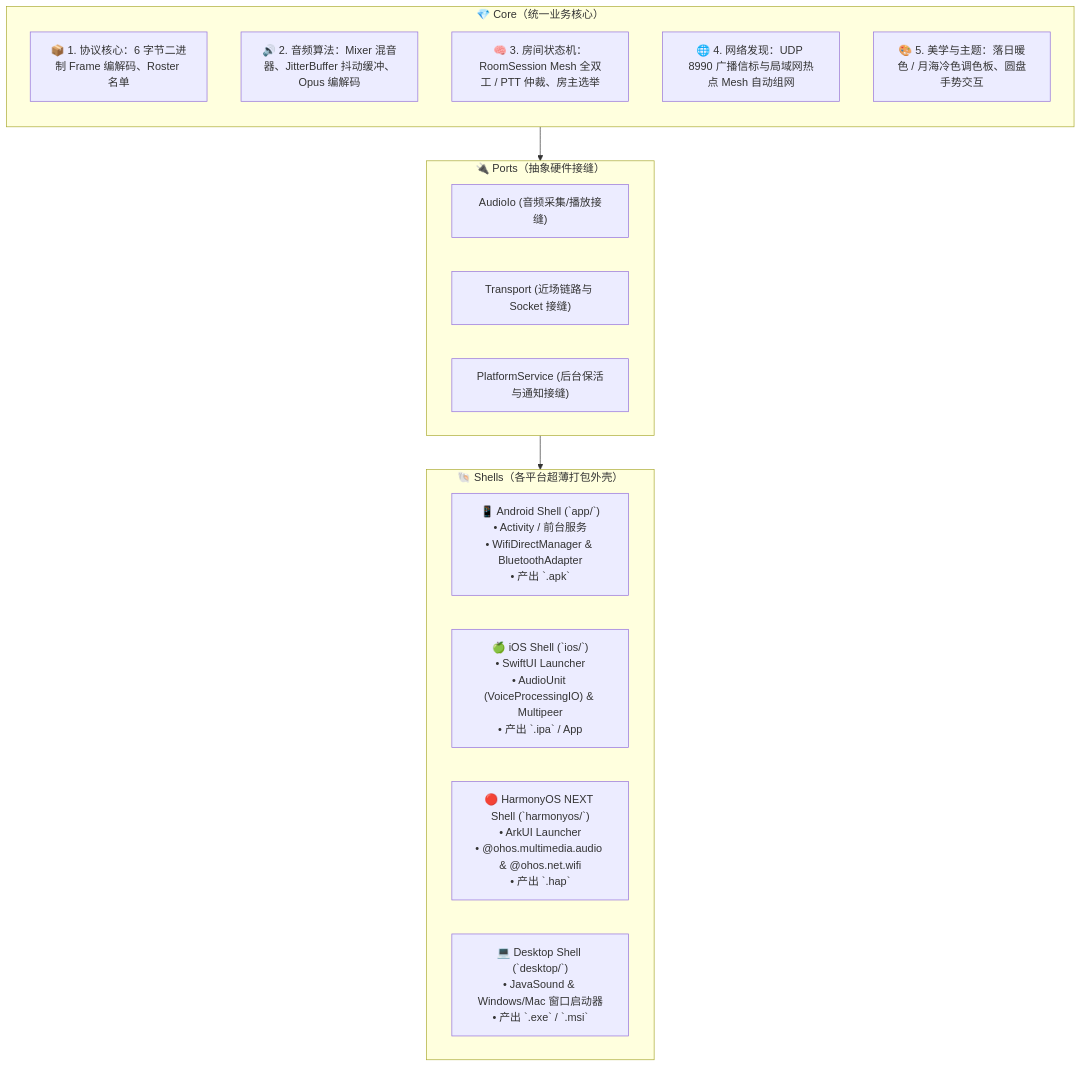
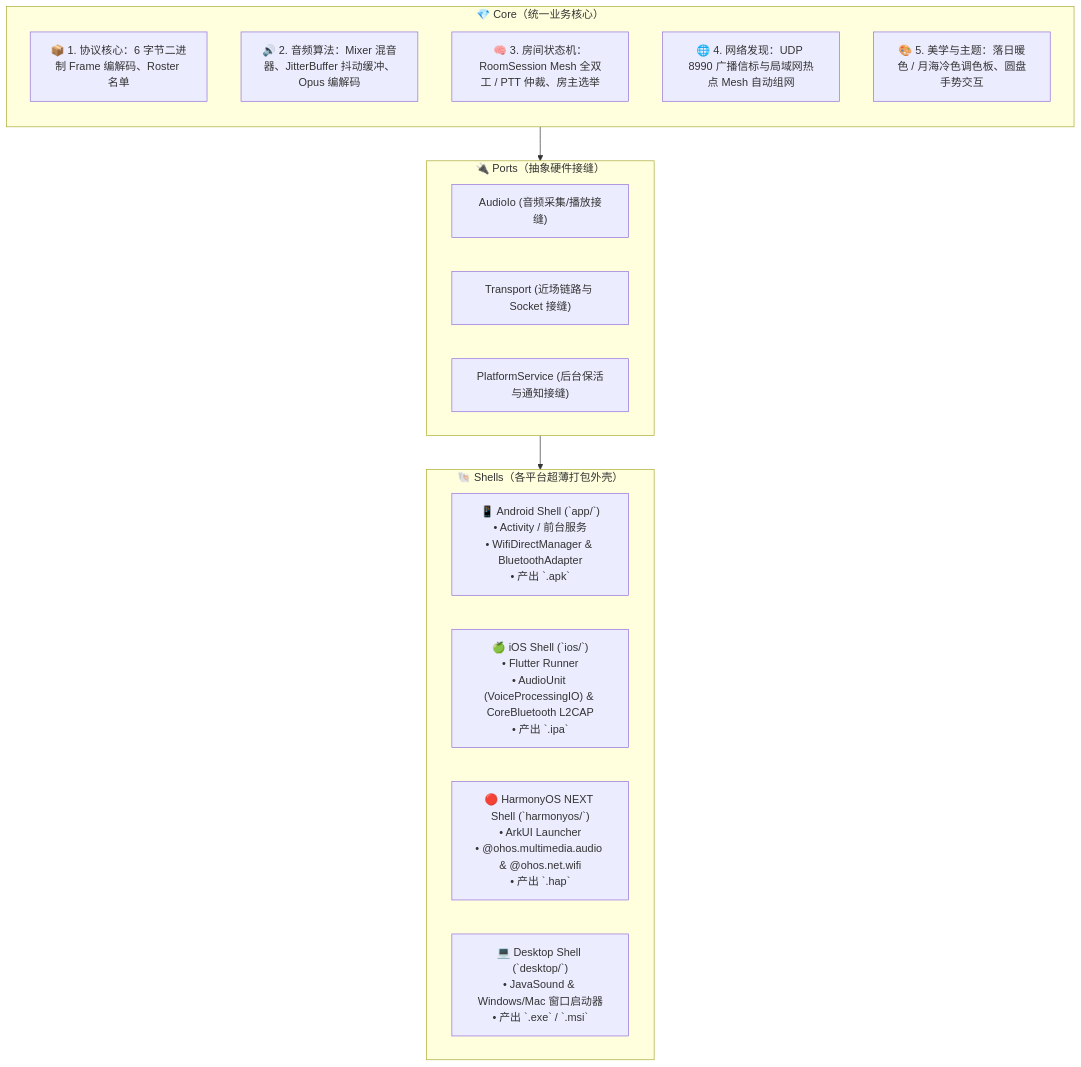
Before and after one commit to Starlordzz/sunsetripple: the diagram in docs/wiki/Core-Shell统一多端架构.md, drawn with Mermaid. The commit also changed other lines of this file and 3 other files, not shown here.

Commit message:
docs: 移除已废弃的独立原生 SwiftUI 记录，全面收敛至 Flutter 统一宿主

````diff
--- a/docs/wiki/Core-Shell统一多端架构.md
+++ b/docs/wiki/Core-Shell统一多端架构.md
@@ -12,27 +12,27 @@
 ```mermaid
 flowchart TD
     subgraph CORE ["💎 Core（统一业务核心）"]
         direction TB
         PROTO["📦 1. 协议核心：6 字节二进制 Frame 编解码、Roster 名单"]
         AUDIO_ALGO["🔊 2. 音频算法：Mixer 混音器、JitterBuffer 抖动缓冲、Opus 编解码"]
         SESSION_SM["🧠 3. 房间状态机：RoomSession Mesh 全双工 / PTT 仲裁、房主选举"]
         DISCOVERY["🌐 4. 网络发现：UDP 8990 广播信标与局域网热点 Mesh 自动组网"]
         THEME["🎨 5. 美学与主题：落日暖色 / 月海冷色调色板、圆盘手势交互"]
     end
 
     subgraph PORTS ["🔌 Ports（抽象硬件接缝）"]
         P_AUDIO["AudioIo (音频采集/播放接缝)"]
         P_TRANS["Transport (近场链路与 Socket 接缝)"]
         P_NOTIF["PlatformService (后台保活与通知接缝)"]
     end
 
     subgraph SHELLS ["🐚 Shells（各平台超薄打包外壳）"]
         S_AND["📱 Android Shell (`app/`)<br/>• Activity / 前台服务<br/>• WifiDirectManager & BluetoothAdapter<br/>• 产出 `.apk`"]
-        S_IOS["🍏 iOS Shell (`ios/`)<br/>• SwiftUI Launcher<br/>• AudioUnit (VoiceProcessingIO) & Multipeer<br/>• 产出 `.ipa` / App"]
+        S_IOS["🍏 iOS Shell (`ios/`)<br/>• Flutter Runner<br/>• AudioUnit (VoiceProcessingIO) & CoreBluetooth L2CAP<br/>• 产出 `.ipa`"]
         S_HARMONY["🔴 HarmonyOS NEXT Shell (`harmonyos/`)<br/>• ArkUI Launcher<br/>• @ohos.multimedia.audio & @ohos.net.wifi<br/>• 产出 `.hap`"]
         S_DESKTOP["💻 Desktop Shell (`desktop/`)<br/>• JavaSound & Windows/Mac 窗口启动器<br/>• 产出 `.exe` / `.msi`"]
     end
 
     CORE --> PORTS
     PORTS --> SHELLS
 ```
````
